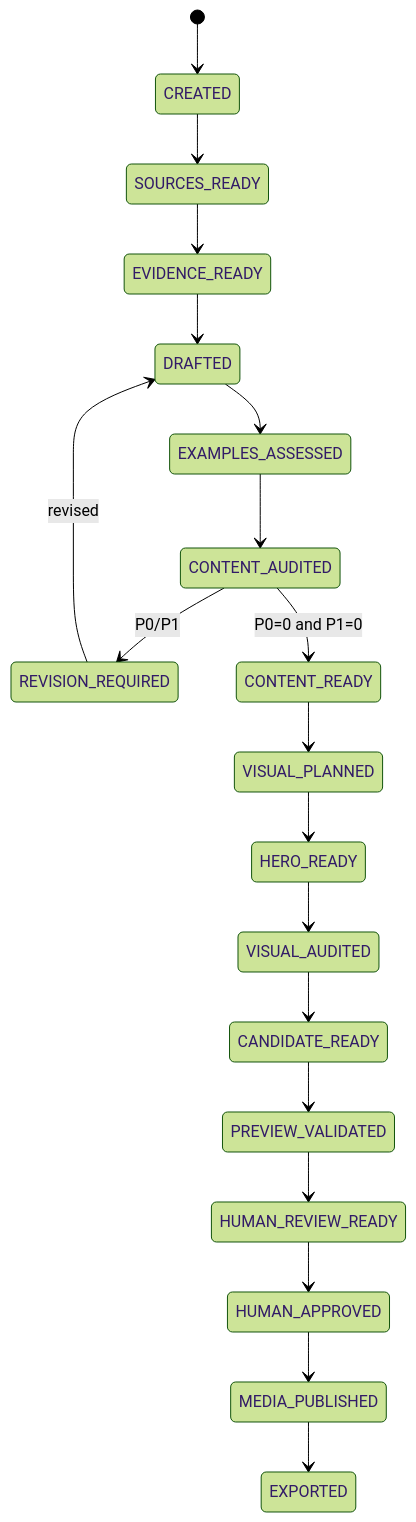
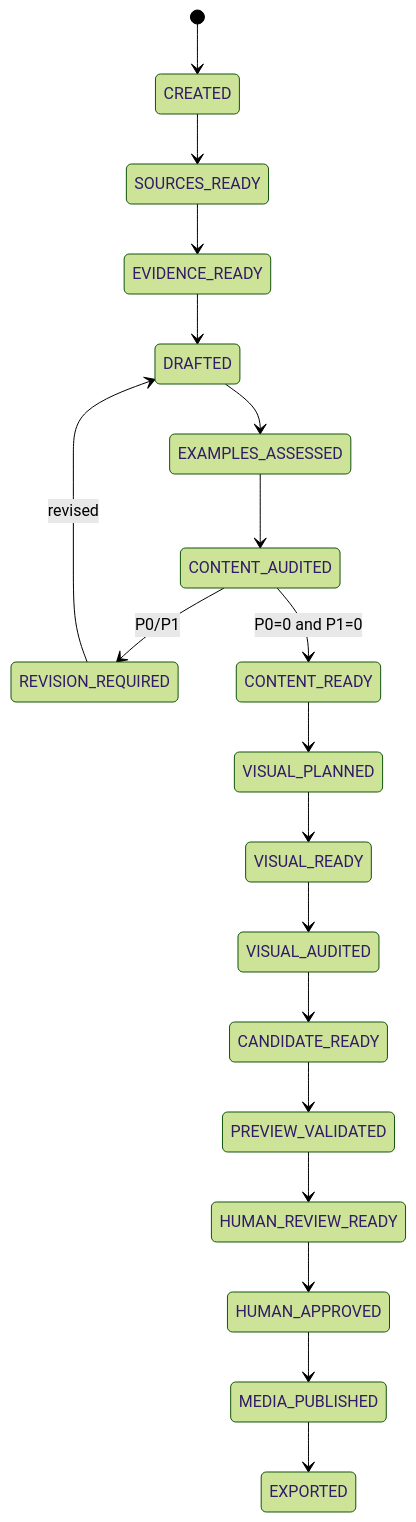
The diagram in docs/architecture/article-state-machine.md (Xpotato1024/xpotato-site), drawn with Mermaid (forest theme) before and after one commit. The commit also changed other lines of this file, not shown here.

Commit message:
Generalize Article Job visual-ready state across collections

````diff
--- a/docs/architecture/article-state-machine.md
+++ b/docs/architecture/article-state-machine.md
@@ -38,21 +38,21 @@
 ```mermaid
 stateDiagram-v2
     [*] --> CREATED
     CREATED --> SOURCES_READY
     SOURCES_READY --> EVIDENCE_READY
     EVIDENCE_READY --> DRAFTED
     DRAFTED --> EXAMPLES_ASSESSED
     EXAMPLES_ASSESSED --> CONTENT_AUDITED
     CONTENT_AUDITED --> REVISION_REQUIRED: P0/P1
     REVISION_REQUIRED --> DRAFTED: revised
     CONTENT_AUDITED --> CONTENT_READY: P0=0 and P1=0
     CONTENT_READY --> VISUAL_PLANNED
-    VISUAL_PLANNED --> HERO_READY
-    HERO_READY --> VISUAL_AUDITED
+    VISUAL_PLANNED --> VISUAL_READY
+    VISUAL_READY --> VISUAL_AUDITED
     VISUAL_AUDITED --> CANDIDATE_READY
     CANDIDATE_READY --> PREVIEW_VALIDATED
     PREVIEW_VALIDATED --> HUMAN_REVIEW_READY
     HUMAN_REVIEW_READY --> HUMAN_APPROVED
     HUMAN_APPROVED --> MEDIA_PUBLISHED
     MEDIA_PUBLISHED --> EXPORTED
 ```
````
